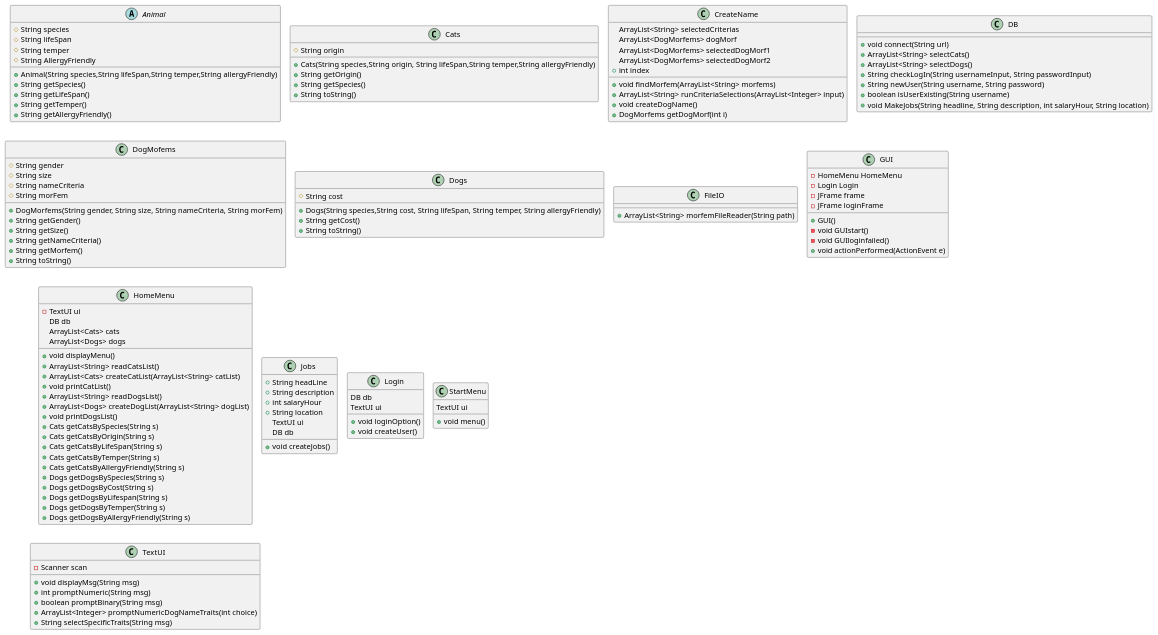
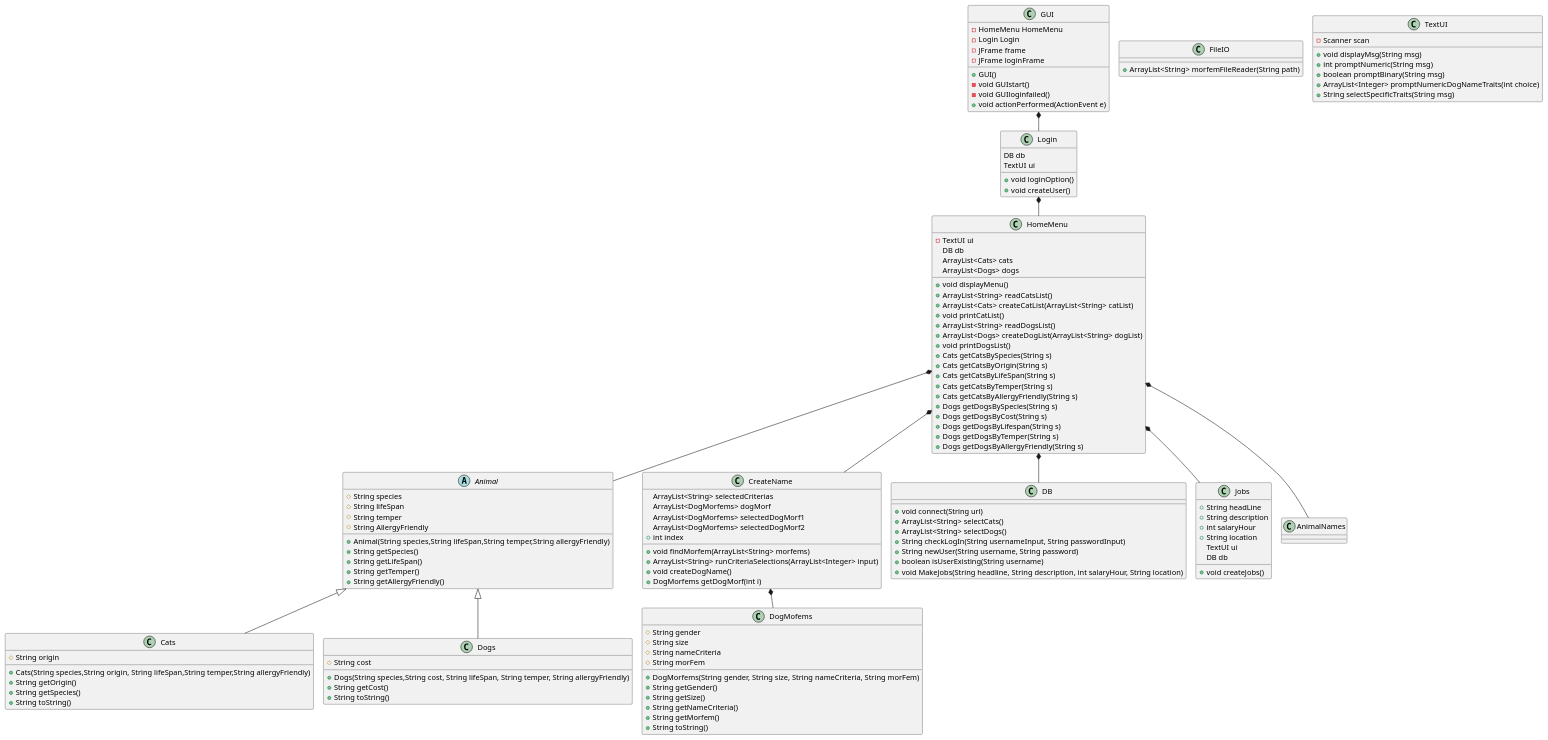
Before and after one commit to KnogleMau/Dyr---ICE: the diagram in Dyr Ice/.idea/Class_diagram.puml, drawn with PlantUML. The commit also changed 9 other files, not shown here.

```diff
--- a/Dyr Ice/.idea/Class_diagram.puml
+++ b/Dyr Ice/.idea/Class_diagram.puml
@@ -1,138 +1,143 @@
 @startuml
 'https://plantuml.com/class-diagram
 !pragma layout smetana
 
 abstract class Animal{
 #String species
 #String lifeSpan
 #String temper
 #String AllergyFriendly
 +Animal(String species,String lifeSpan,String temper,String allergyFriendly)
 +String getSpecies()
 +String getLifeSpan()
 +String getTemper()
 +String getAllergyFriendly()
 }
 
 class Cats{
 #String origin
 +Cats(String species,String origin, String lifeSpan,String temper,String allergyFriendly)
 +String getOrigin()
 +String getSpecies()
 +String toString()
 }
 
 class CreateName{
 ArrayList<String> selectedCriterias
 ArrayList<DogMorfems> dogMorf
 ArrayList<DogMorfems> selectedDogMorf1
 ArrayList<DogMorfems> selectedDogMorf2
 +int index
 +void findMorfem(ArrayList<String> morfems)
 +ArrayList<String> runCriteriaSelections(ArrayList<Integer> input)
 +void createDogName()
 +DogMorfems getDogMorf(int i)
 }
 
 class DB{
 +void connect(String url)
 +ArrayList<String> selectCats()
 +ArrayList<String> selectDogs()
 +String checkLogIn(String usernameInput, String passwordInput)
 +String newUser(String username, String password)
 +boolean isUserExisting(String username)
 +void MakeJobs(String headline, String description, int salaryHour, String location)
 }
 
 class DogMofems{
 #String gender
 #String size
 #String nameCriteria
 #String morFem
 +DogMorfems(String gender, String size, String nameCriteria, String morFem)
 +String getGender()
 +String getSize()
 +String getNameCriteria()
 +String getMorfem()
 +String toString()
 }
 
 class Dogs{
 #String cost
 +Dogs(String species,String cost, String lifeSpan, String temper, String allergyFriendly)
 +String getCost()
 +String toString()
 }
 
 class FileIO{
 +ArrayList<String> morfemFileReader(String path)
 }
 
 class GUI{
 -HomeMenu HomeMenu
 -Login Login
 -JFrame frame
 -JFrame loginFrame
 +GUI()
 -void GUIstart()
 -void GUIloginfailed()
 +void actionPerformed(ActionEvent e)
 }
 
 class HomeMenu{
 -TextUI ui
 DB db
 ArrayList<Cats> cats
 ArrayList<Dogs> dogs
 +void displayMenu()
 +ArrayList<String> readCatsList()
 +ArrayList<Cats> createCatList(ArrayList<String> catList)
 +void printCatList()
 +ArrayList<String> readDogsList()
 +ArrayList<Dogs> createDogList(ArrayList<String> dogList)
 +void printDogsList()
 +Cats getCatsBySpecies(String s)
 +Cats getCatsByOrigin(String s)
 +Cats getCatsByLifeSpan(String s)
 +Cats getCatsByTemper(String s)
 +Cats getCatsByAllergyFriendly(String s)
 +Dogs getDogsBySpecies(String s)
 +Dogs getDogsByCost(String s)
 +Dogs getDogsByLifespan(String s)
 +Dogs getDogsByTemper(String s)
 +Dogs getDogsByAllergyFriendly(String s)
 }
 
 class Jobs{
 +String headLine
 +String description
 +int salaryHour
 +String location
 TextUI ui
 DB db
 +void createJobs()
 }
 
 class Login{
 DB db
 TextUI ui
 +void loginOption()
 +void createUser()
 }
 
-class StartMenu{
-TextUI ui
-+void menu()
-}
 
 class TextUI{
 -Scanner scan
 +void displayMsg(String msg)
 +int promptNumeric(String msg)
 +boolean promptBinary(String msg)
 +ArrayList<Integer> promptNumericDogNameTraits(int choice)
 +String selectSpecificTraits(String msg)
 }
-
+GUI *-- Login
+Login *-- HomeMenu
+HomeMenu *-- Animal
+HomeMenu *-- Jobs
+HomeMenu *-- AnimalNames
+HomeMenu *-- DB
+Animal <|-- Dogs
+Animal <|-- Cats
+HomeMenu *-- CreateName
+CreateName *-- DogMofems
 
 @enduml
```
